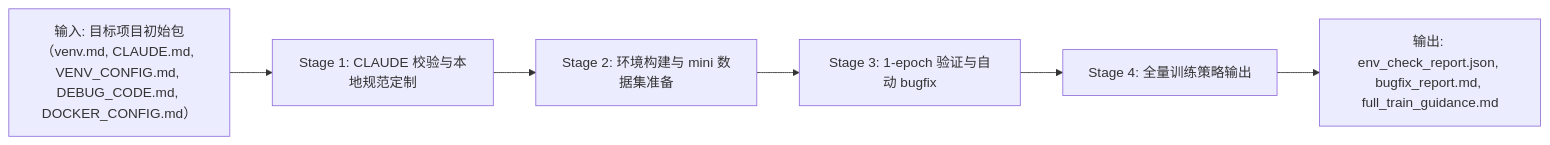
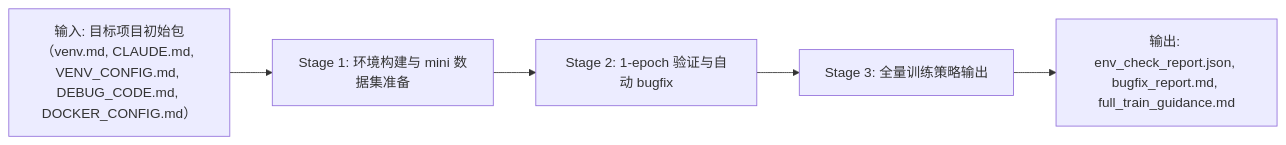
One commit to ouyangshixiong/context-engineering-zh changed the seventh of 16 diagrams in README.md. Above: the diagram before and after it, drawn with Mermaid. The commit also changed other lines of this file and 1 other file, not shown here.

````diff
--- a/README.md
+++ b/README.md
@@ -347,11 +347,10 @@
 ```mermaid
 flowchart LR
-    S1[Stage 1: CLAUDE 校验与本地规范定制]
-    S2[Stage 2: 环境构建与 mini 数据集准备]
-    S3[Stage 3: 1-epoch 验证与自动 bugfix]
-    S4[Stage 4: 全量训练策略输出]
+    S2[Stage 1: 环境构建与 mini 数据集准备]
+    S3[Stage 2: 1-epoch 验证与自动 bugfix]
+    S4[Stage 3: 全量训练策略输出]
     IN[输入: 目标项目初始包（venv.md, CLAUDE.md, VENV_CONFIG.md, DEBUG_CODE.md, DOCKER_CONFIG.md）]
     OUT[输出: env_check_report.json, bugfix_report.md, full_train_guidance.md]
 
-    IN --> S1 --> S2 --> S3 --> S4 --> OUT
+    IN --> S2 --> S3 --> S4 --> OUT
 ```
````
